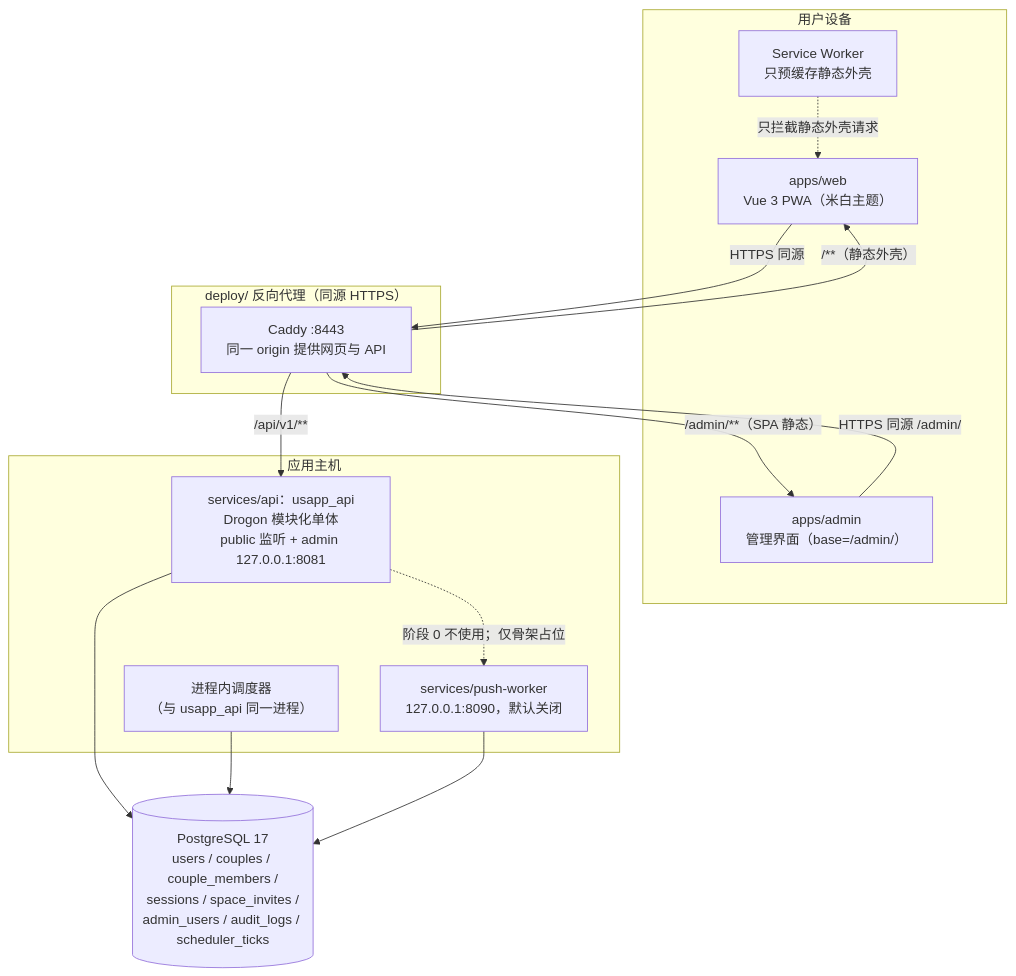
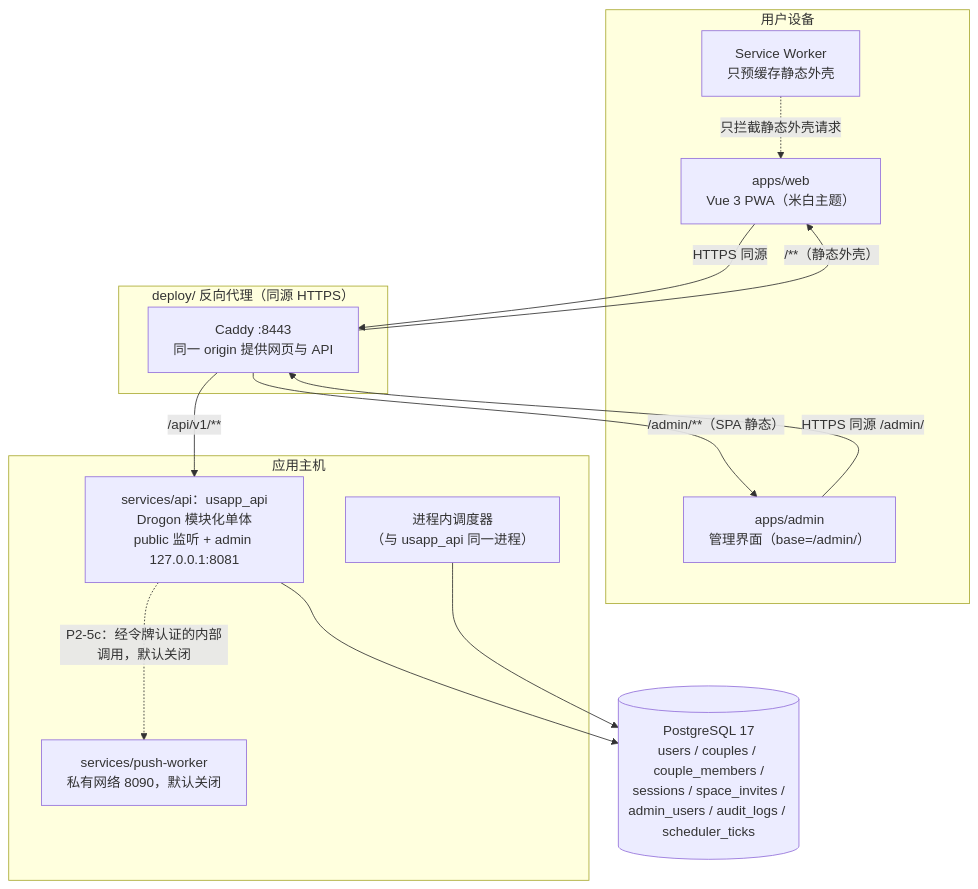
Before and after one commit to allnothing571/USapp: the diagram in docs/architecture.md, drawn with Mermaid. The commit also changed other lines of this file and 893 other files, not shown here.

````diff
--- a/docs/architecture.md
+++ b/docs/architecture.md
@@ -11,33 +11,32 @@
 ```mermaid
 flowchart TB
     subgraph devices["用户设备"]
         SPA["apps/web<br/>Vue 3 PWA（米白主题）"]
         ADMINUI["apps/admin<br/>管理界面（base=/admin/）"]
         SW["Service Worker<br/>只预缓存静态外壳"]
     end
 
     subgraph edge["deploy/ 反向代理（同源 HTTPS）"]
         CADDY["Caddy :8443<br/>同一 origin 提供网页与 API"]
     end
 
     subgraph host["应用主机"]
         API["services/api：usapp_api<br/>Drogon 模块化单体<br/>public 监听 + admin 127.0.0.1:8081"]
         SCHED["进程内调度器<br/>（与 usapp_api 同一进程）"]
-        PUSH["services/push-worker<br/>127.0.0.1:8090，默认关闭"]
+        PUSH["services/push-worker<br/>私有网络 8090，默认关闭"]
     end
 
     PG[("PostgreSQL 17<br/>users / couples / couple_members /<br/>sessions / space_invites /<br/>admin_users / audit_logs / scheduler_ticks")]
 
     SPA -->|"HTTPS 同源"| CADDY
     ADMINUI -->|"HTTPS 同源 /admin/"| CADDY
     SW -.->|"只拦截静态外壳请求"| SPA
 
     CADDY -->|"/api/v1/**"| API
     CADDY -->|"/admin/**（SPA 静态）"| ADMINUI
     CADDY -->|"/**（静态外壳）"| SPA
 
     API --> PG
     SCHED --> PG
-    API -.->|"阶段 0 不使用；仅骨架占位"| PUSH
-    PUSH --> PG
+    API -.->|"P2-5c：经令牌认证的内部调用，默认关闭"| PUSH
 ```
````
